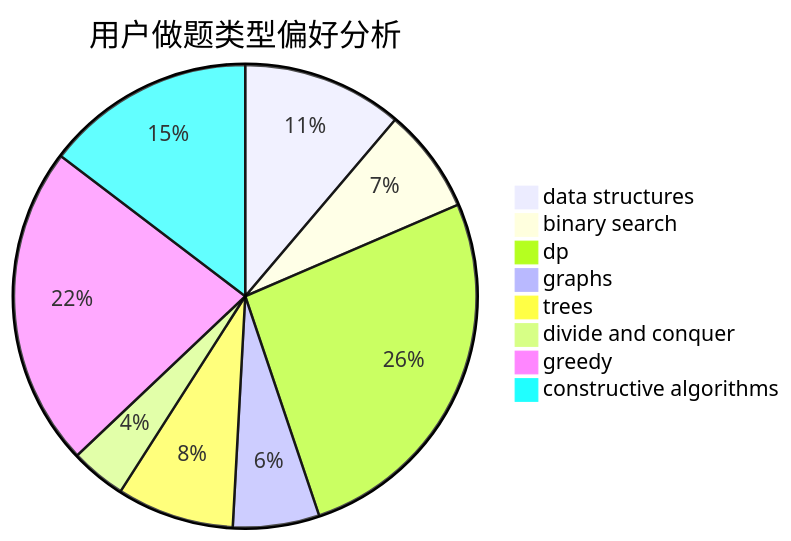
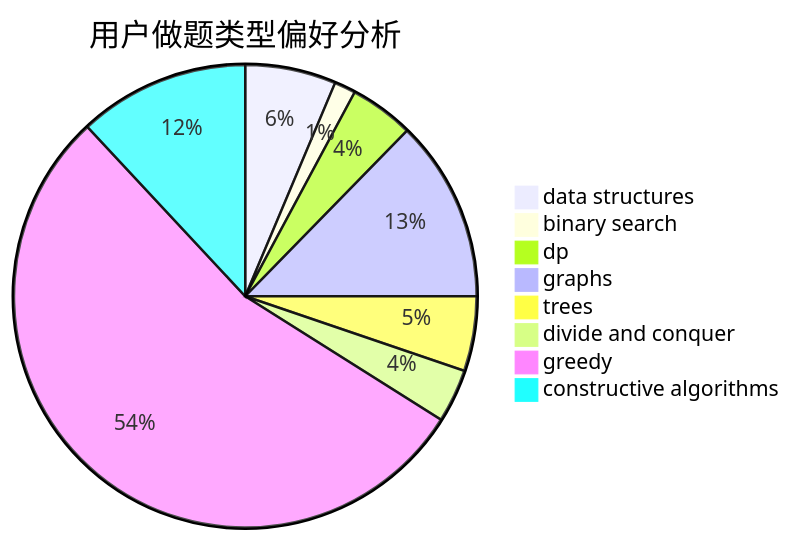
The second of 3 diagrams in docs/user/u1184.md (sherpahu/cfrs.github.io), drawn with Mermaid before and after one commit. The commit also changed other lines of this file and 2770 other files, not shown here.

````diff
--- a/docs/user/u1184.md
+++ b/docs/user/u1184.md
@@ -23,11 +23,11 @@
 ```mermaid
 pie title 用户做题类型偏好分析
-    "data structures" :  26
-    "binary search" :  17
-    "dp" :  61
-    "graphs" :  14
-    "trees" :  19
-    "divide and conquer" :  9
-    "greedy" :  52
-    "constructive algorithms" :  34
+    "data structures" :  17
+    "binary search" :  4
+    "dp" :  12
+    "graphs" :  34
+    "trees" :  14
+    "divide and conquer" :  10
+    "greedy" :  145
+    "constructive algorithms" :  32
 ```
````
